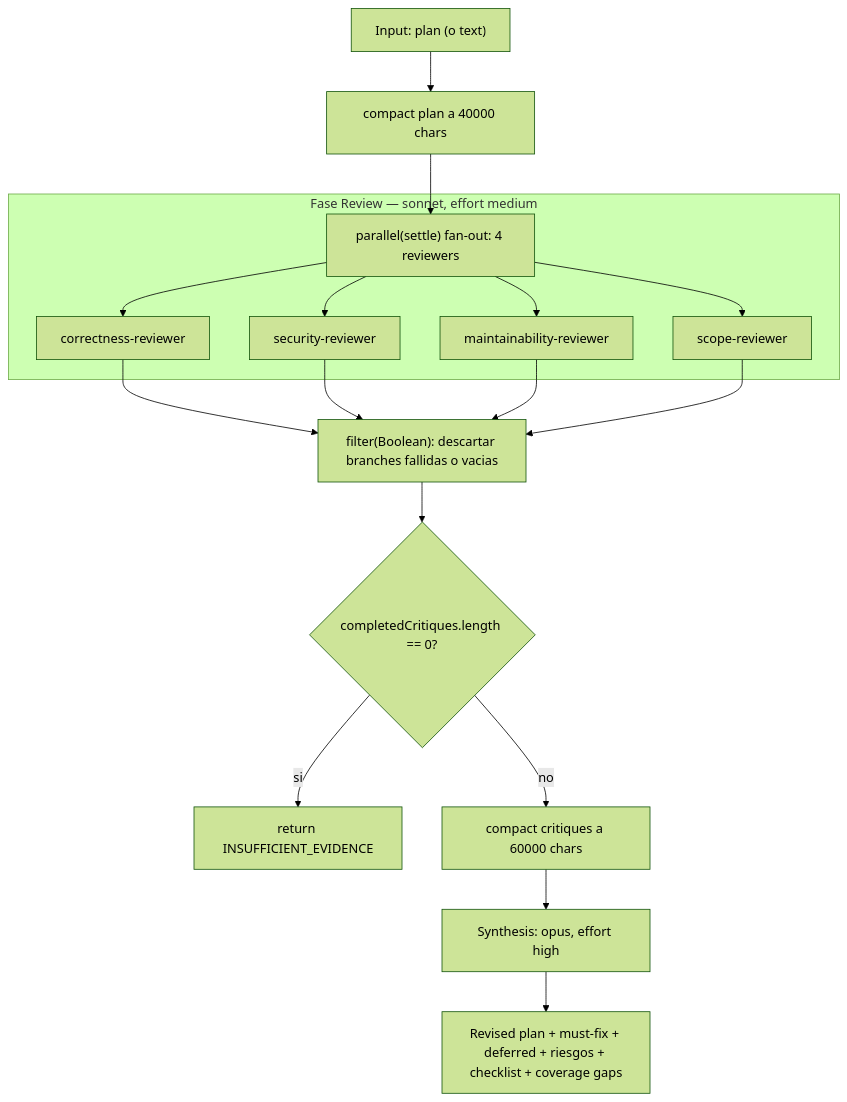
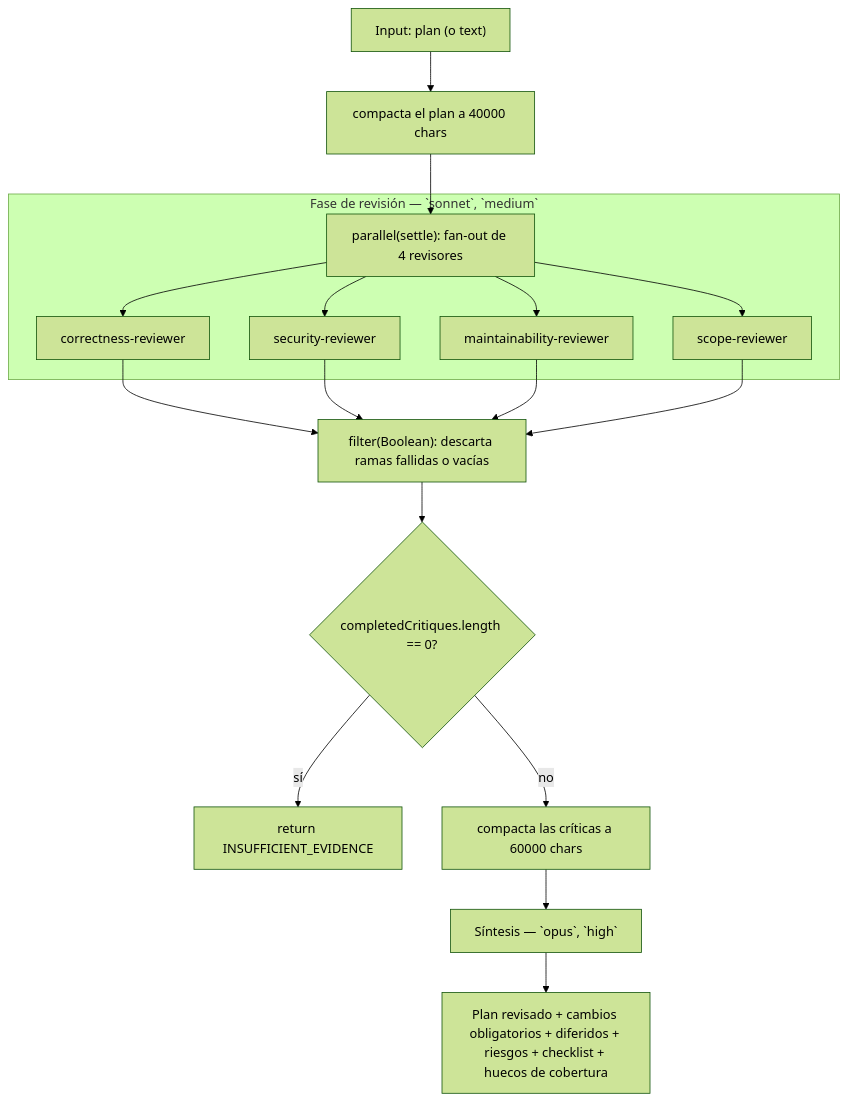
The diagram in docs/scaffolds/adversarial-plan-review.md (andrestobelem/pandi-extensions), drawn with Mermaid (forest theme) before and after one commit. The commit also changed other lines of this file and 200 other files, not shown here.

````diff
--- a/docs/scaffolds/adversarial-plan-review.md
+++ b/docs/scaffolds/adversarial-plan-review.md
@@ -32,23 +30,23 @@
 ```mermaid
 flowchart TD
-    A["Input: plan (o text)"] --> B["compact plan a 40000 chars"]
-    B --> C["parallel(settle) fan-out: 4 reviewers"]
+    A["Input: plan (o text)"] --> B["compacta el plan a 40000 chars"]
+    B --> C["parallel(settle): fan-out de 4 revisores"]
 
-    subgraph Review["Fase Review — sonnet, effort medium"]
+    subgraph Review["Fase de revisión — `sonnet`, `medium`"]
         C --> R1["correctness-reviewer"]
         C --> R2["security-reviewer"]
         C --> R3["maintainability-reviewer"]
         C --> R4["scope-reviewer"]
     end
 
-    R1 --> D["filter(Boolean): descartar branches fallidas o vacias"]
+    R1 --> D["filter(Boolean): descarta ramas fallidas o vacías"]
     R2 --> D
     R3 --> D
     R4 --> D
 
     D --> E{"completedCritiques.length == 0?"}
-    E -->|si| F["return INSUFFICIENT_EVIDENCE"]
-    E -->|no| G["compact critiques a 60000 chars"]
-    G --> H["Synthesis: opus, effort high"]
-    H --> I["Revised plan + must-fix + deferred + riesgos + checklist + coverage gaps"]
+    E -->|sí| F["return INSUFFICIENT_EVIDENCE"]
+    E -->|no| G["compacta las críticas a 60000 chars"]
+    G --> H["Síntesis — `opus`, `high`"]
+    H --> I["Plan revisado + cambios obligatorios + diferidos + riesgos + checklist + huecos de cobertura"]
 ```
````
